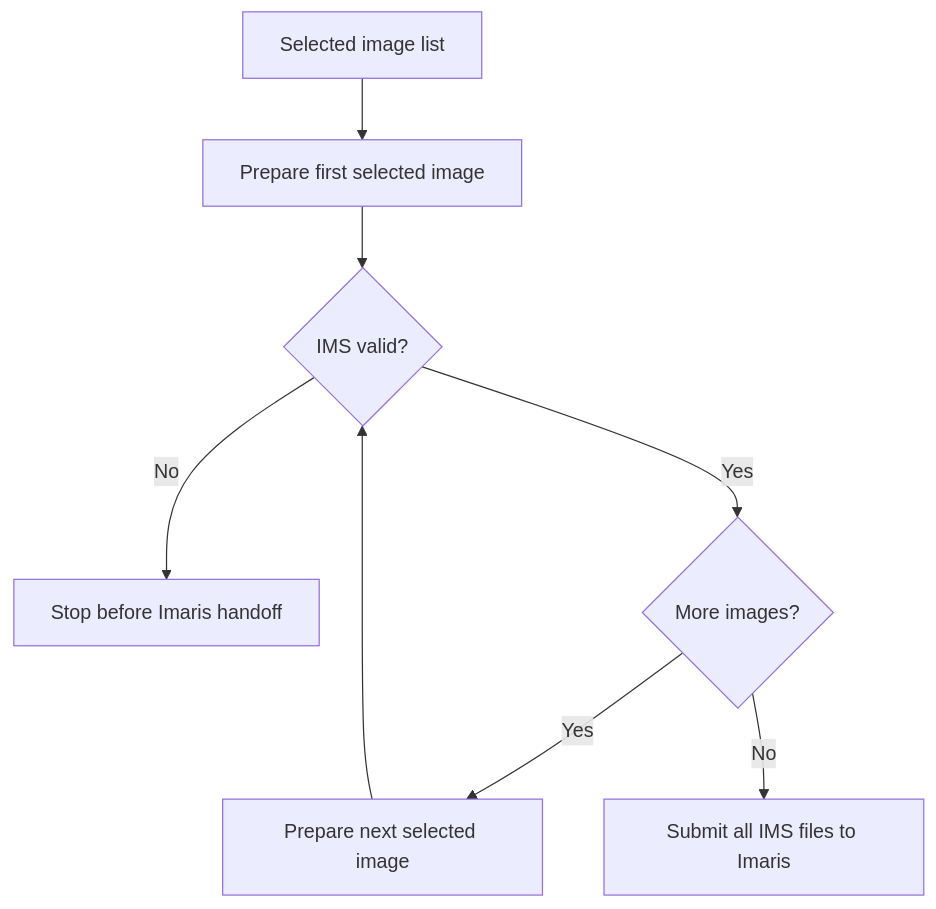
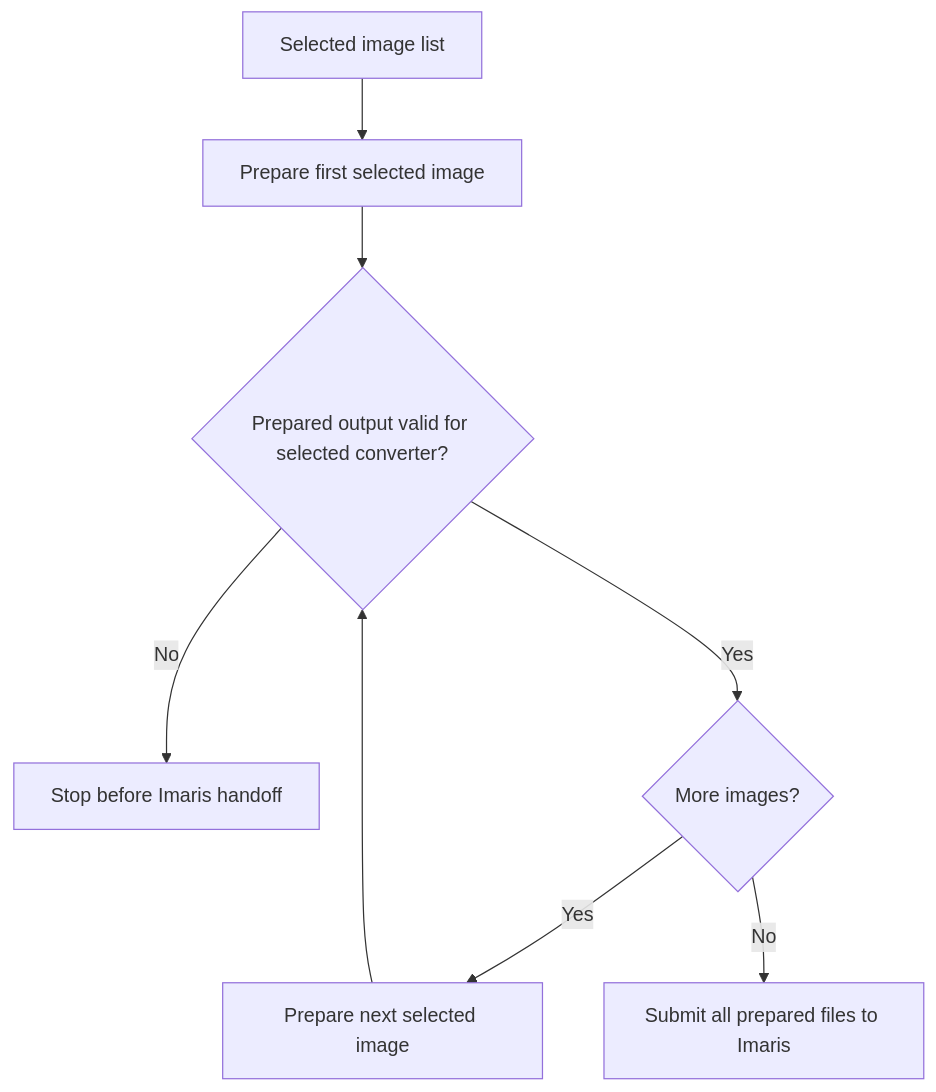
Before and after one commit to ZMB-UZH/omero-docker-extended: the seventh of 7 diagrams in docs/plugins/imaris-connector-workflow.md, drawn with Mermaid. The commit also changed other lines of this file and 8 other files, not shown here.

First line of the commit message:
Simplify Imaris selected-image handoff

````diff
--- a/docs/plugins/imaris-connector-workflow.md
+++ b/docs/plugins/imaris-connector-workflow.md
@@ -264,10 +214,10 @@
 ```mermaid
 flowchart TD
     A[Selected image list] --> B[Prepare first selected image]
-    B --> C{IMS valid?}
+    B --> C{Prepared output valid for selected converter?}
     C -->|No| D[Stop before Imaris handoff]
     C -->|Yes| E{More images?}
     E -->|Yes| F[Prepare next selected image]
     F --> C
-    E -->|No| G[Submit all IMS files to Imaris]
+    E -->|No| G[Submit all prepared files to Imaris]
 ```
````
